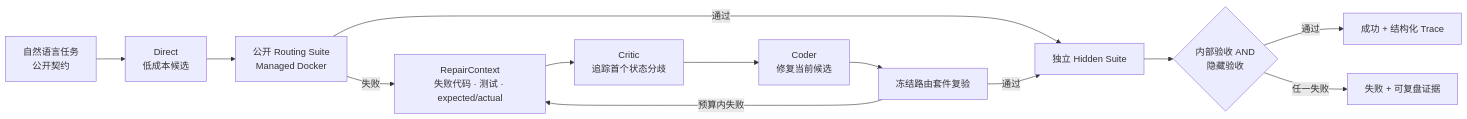
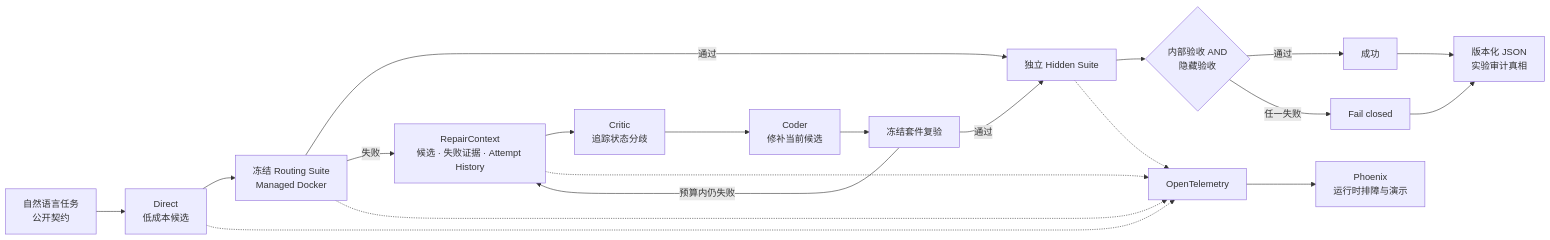
The diagram in docs/portfolio-showcase.md (PVRTPVRT/agent-loop-reflection), drawn with Mermaid before and after one commit. The commit also changed other lines of this file and 5 other files, not shown here.

````diff
--- a/docs/portfolio-showcase.md
+++ b/docs/portfolio-showcase.md
@@ -8,15 +8,23 @@
 ```mermaid
 flowchart LR
     A["自然语言任务<br/>公开契约"] --> B["Direct<br/>低成本候选"]
-    B --> C["公开 Routing Suite<br/>Managed Docker"]
+    B --> C["冻结 Routing Suite<br/>Managed Docker"]
     C -->|通过| H["独立 Hidden Suite"]
-    C -->|失败| D["RepairContext<br/>失败代码 · 测试 · expected/actual"]
-    D --> E["Critic<br/>追踪首个状态分歧"]
-    E --> F["Coder<br/>修复当前候选"]
-    F --> G["冻结路由套件复验"]
-    G -->|预算内失败| D
+    C -->|失败| D["RepairContext<br/>候选 · 失败证据 · Attempt History"]
+    D --> E["Critic<br/>追踪状态分歧"]
+    E --> F["Coder<br/>修补当前候选"]
+    F --> G["冻结套件复验"]
+    G -->|预算内仍失败| D
     G -->|通过| H
     H --> I{"内部验收 AND<br/>隐藏验收"}
-    I -->|通过| J["成功 + 结构化 Trace"]
-    I -->|任一失败| K["失败 + 可复盘证据"]
+    I -->|通过| J["成功"]
+    I -->|任一失败| K["Fail closed"]
+
+    B -.-> O["OpenTelemetry"]
+    C -.-> O
+    D -.-> O
+    H -.-> O
+    O --> P["Phoenix<br/>运行时排障与演示"]
+    J --> Q["版本化 JSON<br/>实验审计真相"]
+    K --> Q
 ```
````
